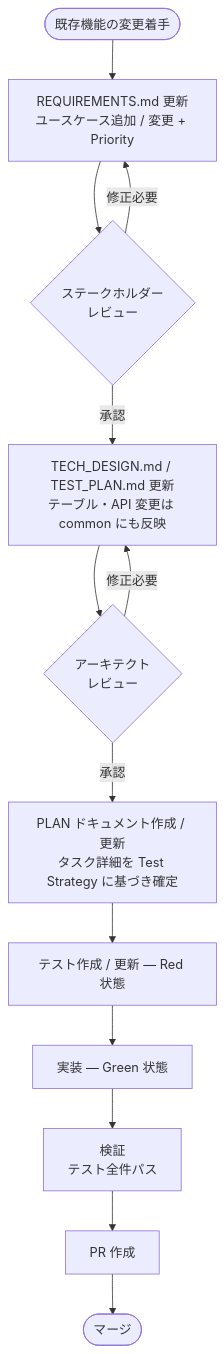
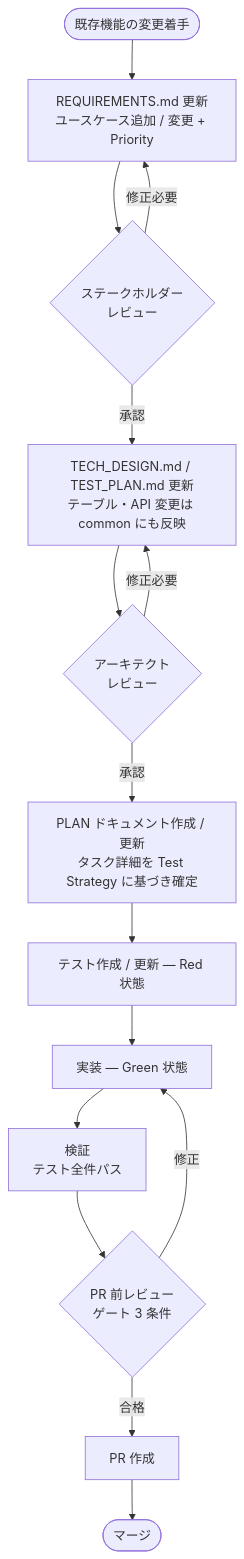
One commit to careerchain-ys/stdd changed the third of 5 diagrams in packages/core/docs/stdd-methodology.md. Above: the diagram before and after it, drawn with Mermaid. The commit also changed other lines of this file and 61 other files, not shown here.

````diff
--- a/packages/core/docs/stdd-methodology.md
+++ b/packages/core/docs/stdd-methodology.md
@@ -199,27 +199,30 @@
 ```mermaid
 flowchart TD
     Start([既存機能の変更着手])
     Req[REQUIREMENTS.md 更新<br/>ユースケース追加 / 変更 + Priority]
     StakeholderReview{ステークホルダー<br/>レビュー}
     Tech[TECH_DESIGN.md / TEST_PLAN.md 更新<br/>テーブル・API 変更は common にも反映]
     ArchReview{アーキテクト<br/>レビュー}
     Plan[PLAN ドキュメント作成 / 更新<br/>タスク詳細を Test Strategy に基づき確定]
     Red[テスト作成 / 更新 — Red 状態]
     Green[実装 — Green 状態]
     Verify[検証<br/>テスト全件パス]
+    PreReview{PR 前レビュー<br/>ゲート 3 条件}
     PR[PR 作成]
     Merge([マージ])
 
     Start --> Req
     Req --> StakeholderReview
     StakeholderReview -- 修正必要 --> Req
     StakeholderReview -- 承認 --> Tech
     Tech --> ArchReview
     ArchReview -- 修正必要 --> Tech
     ArchReview -- 承認 --> Plan
     Plan --> Red
     Red --> Green
     Green --> Verify
-    Verify --> PR
+    Verify --> PreReview
+    PreReview -- 修正 --> Green
+    PreReview -- 合格 --> PR
     PR --> Merge
 ```
````
